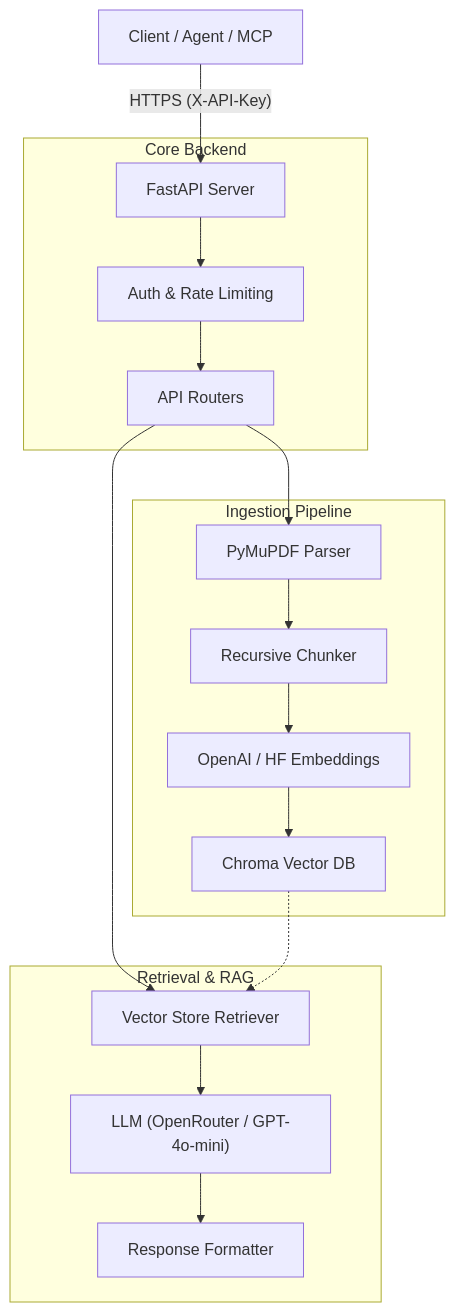
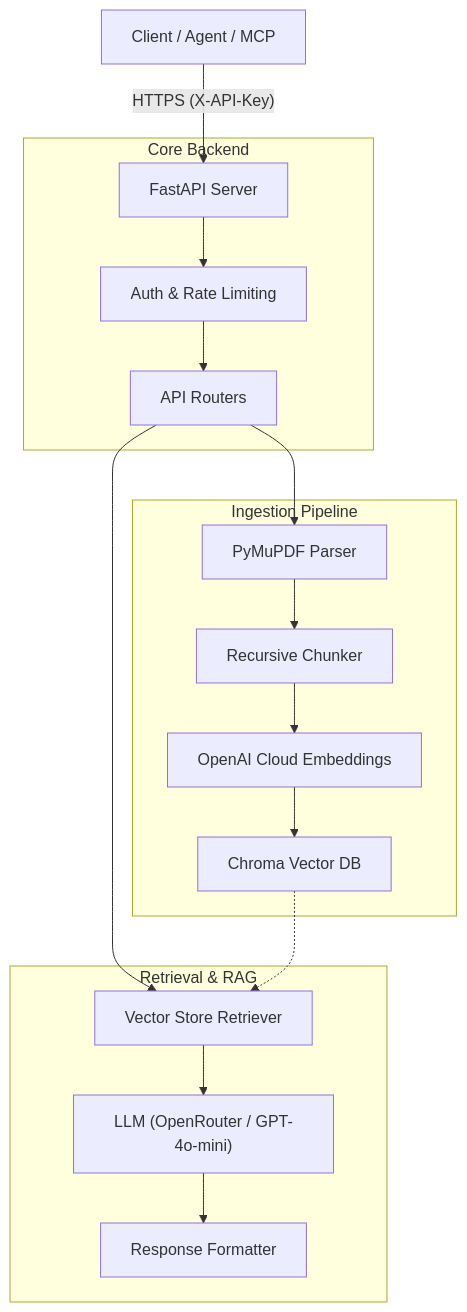
One commit to KolipakaRamesh/AIKnowledgeAssistantAPI changed the diagram in README.md. Above: the diagram before and after it, drawn with Mermaid. The commit also changed other lines of this file and 1 other file, not shown here.

Commit message:
Docs: Update README with cloud embedding details and refine .gitignore

````diff
--- a/README.md
+++ b/README.md
@@ -9,24 +9,24 @@
 ```mermaid
 graph TD
     Client["Client / Agent / MCP"] -- "HTTPS (X-API-Key)" --> FastAPI["FastAPI Server"]
     
     subgraph "Core Backend"
         FastAPI --> Middleware["Auth & Rate Limiting"]
         Middleware --> Router["API Routers"]
     end
     
     subgraph "Ingestion Pipeline"
         Router --> Parser["PyMuPDF Parser"]
         Parser --> Chunker["Recursive Chunker"]
-        Chunker --> Embedder["OpenAI / HF Embeddings"]
+        Chunker --> Embedder["OpenAI Cloud Embeddings"]
         Embedder --> Chroma["Chroma Vector DB"]
     end
     
     subgraph "Retrieval & RAG"
         Router --> Retriever["Vector Store Retriever"]
         Retriever --> LLM["LLM (OpenRouter / GPT-4o-mini)"]
         LLM --> Formatter["Response Formatter"]
     end
     
     Chroma -.-> Retriever
 ```
````
